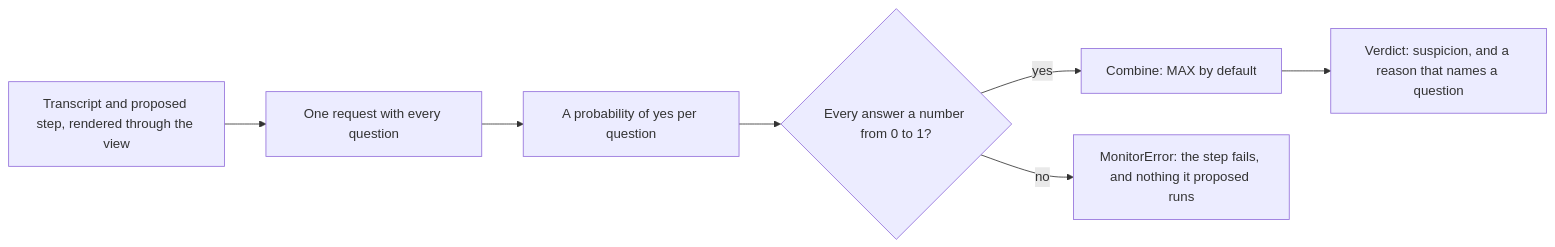
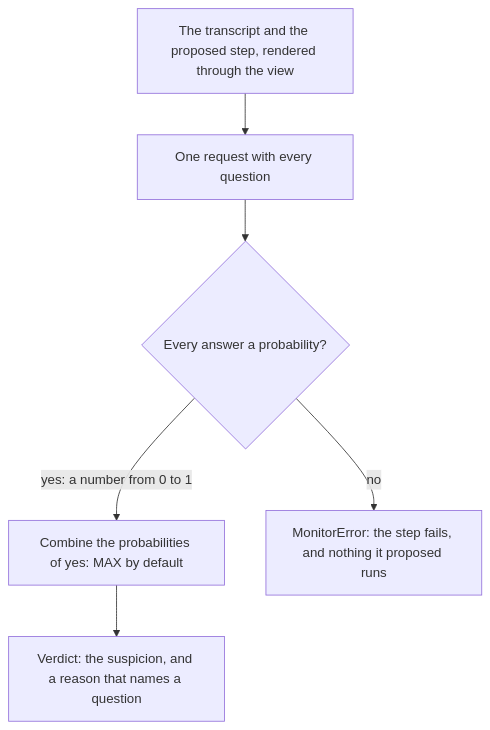
The diagram in docs/how-to/use-a-decision-model.md (omamori-lab/langchain-sync-monitors), drawn with Mermaid before and after one commit. The commit also changed 4 other files, not shown here.

First line of the commit message:
Tighten the monitor guides' wording and diagrams

````diff
--- a/docs/how-to/use-a-decision-model.md
+++ b/docs/how-to/use-a-decision-model.md
@@ -15,9 +15,8 @@
 ```mermaid
-flowchart LR
-    step["Transcript and proposed step, rendered through the view"] --> request["One request with every question"]
-    request --> answers["A probability of yes per question"]
-    answers --> check{"Every answer a number from 0 to 1?"}
-    check -- "yes" --> combine["Combine: MAX by default"]
-    combine --> verdict["Verdict: suspicion, and a reason that names a question"]
+flowchart TD
+    step["The transcript and the proposed step, rendered through the view"] --> request["One request with every question"]
+    request --> check{"Every answer a probability?"}
+    check -- "yes: a number from 0 to 1" --> combine["Combine the probabilities of yes: MAX by default"]
+    combine --> verdict["Verdict: the suspicion, and a reason that names a question"]
     check -- "no" --> error["MonitorError: the step fails, and nothing it proposed runs"]
 ```
````
